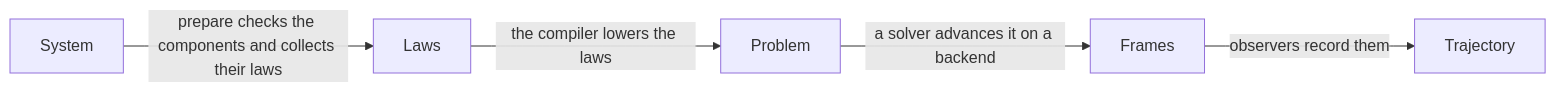
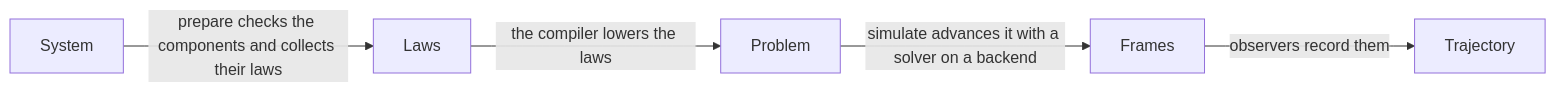
One commit to georgedouzas/scikit-complexity changed the second of 2 diagrams in docs/overview/user_guide/core_components/index.md. Above: the diagram before and after it, drawn with Mermaid. The commit also changed other lines of this file, not shown here.

````diff
--- a/docs/overview/user_guide/core_components/index.md
+++ b/docs/overview/user_guide/core_components/index.md
@@ -58,7 +56,7 @@
 ```mermaid
 flowchart LR
     A[System] -->|prepare checks the components and collects their laws| B[Laws]
     B -->|the compiler lowers the laws| C[Problem]
-    C -->|a solver advances it on a backend| D[Frames]
+    C -->|simulate advances it with a solver on a backend| D[Frames]
     D -->|observers record them| E[Trajectory]
 ```
````
